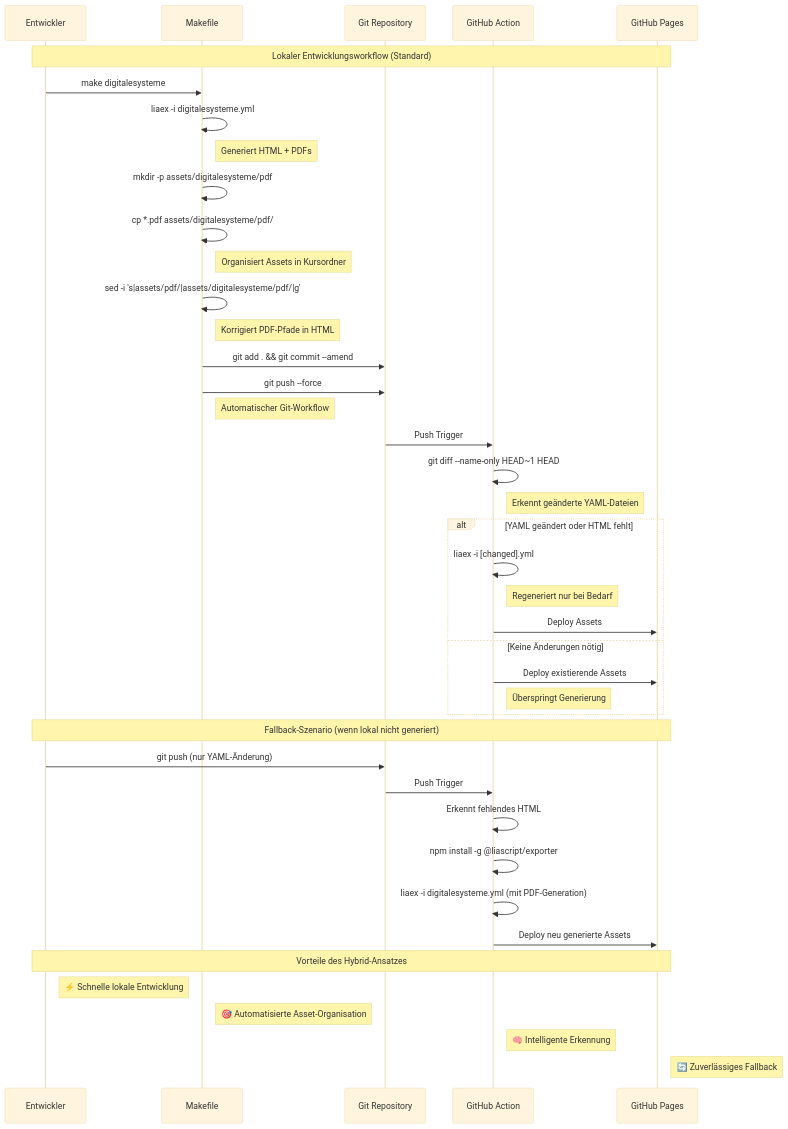
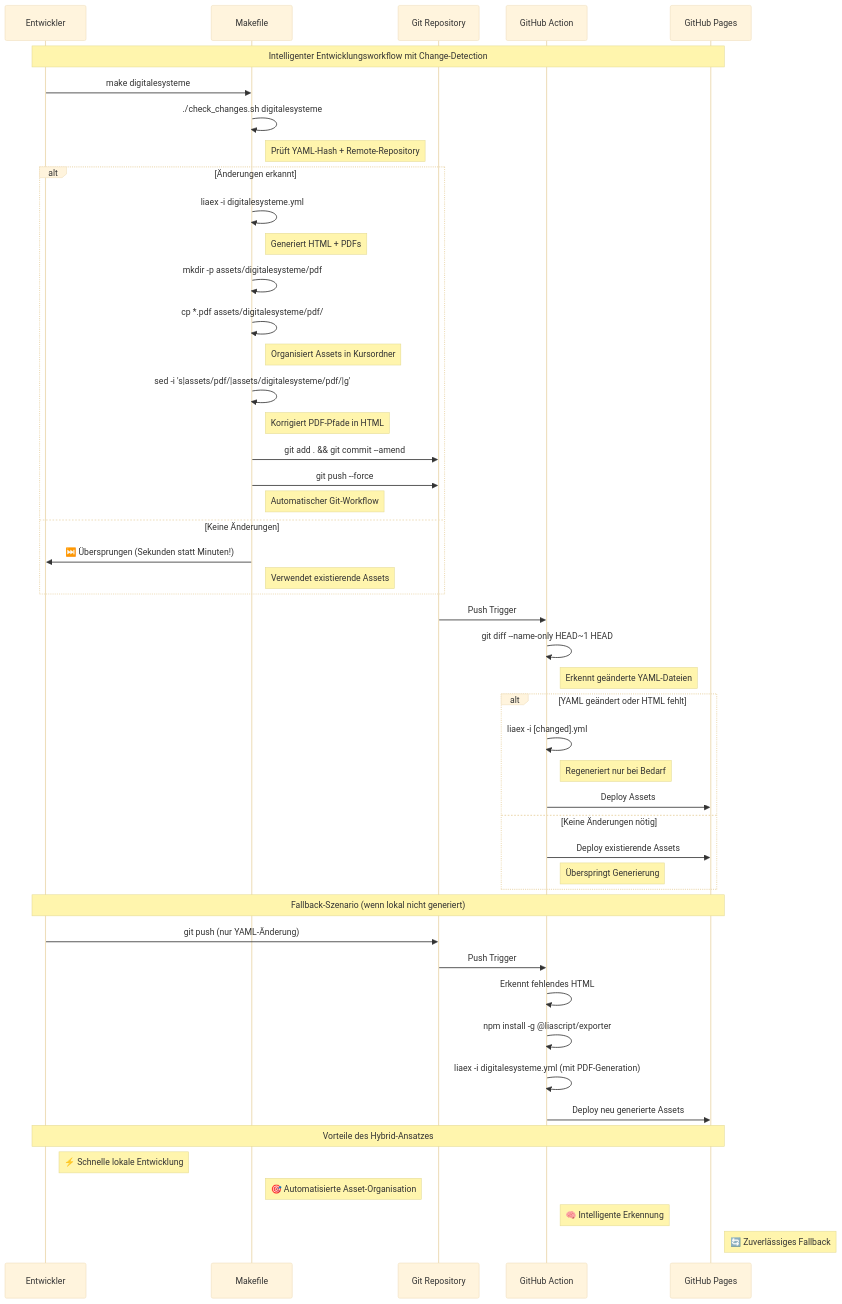
Before and after one commit to TUBAF-IfI-LiaScript/TUBAF-IfI-LiaScript.github.io: the diagram in README.md, drawn with Mermaid (base theme). The commit also changed other lines of this file and 120 other files, not shown here.

````diff
--- a/README.md
+++ b/README.md
@@ -9,50 +9,58 @@
 ```mermaid
 sequenceDiagram
     participant Dev as Entwickler
     participant Make as Makefile
     participant Git as Git Repository  
     participant Action as GitHub Action
     participant Pages as GitHub Pages
 
-    Note over Dev,Pages: Lokaler Entwicklungsworkflow (Standard)
+    Note over Dev,Pages: Intelligenter Entwicklungsworkflow mit Change-Detection
     
     Dev->>Make: make digitalesysteme
-    Make->>Make: liaex -i digitalesysteme.yml
-    Note right of Make: Generiert HTML + PDFs
-    Make->>Make: mkdir -p assets/digitalesysteme/pdf
-    Make->>Make: cp *.pdf assets/digitalesysteme/pdf/
-    Note right of Make: Organisiert Assets in Kursordner
-    Make->>Make: sed -i 's|assets/pdf/|assets/digitalesysteme/pdf/|g'
-    Note right of Make: Korrigiert PDF-Pfade in HTML
-    Make->>Git: git add . && git commit --amend
-    Make->>Git: git push --force
-    Note right of Make: Automatischer Git-Workflow
+    Make->>Make: ./check_changes.sh digitalesysteme
+    Note right of Make: Prüft YAML-Hash + Remote-Repository
+    
+    alt Änderungen erkannt
+        Make->>Make: liaex -i digitalesysteme.yml
+        Note right of Make: Generiert HTML + PDFs
+        Make->>Make: mkdir -p assets/digitalesysteme/pdf
+        Make->>Make: cp *.pdf assets/digitalesysteme/pdf/
+        Note right of Make: Organisiert Assets in Kursordner
+        Make->>Make: sed -i 's|assets/pdf/|assets/digitalesysteme/pdf/|g'
+        Note right of Make: Korrigiert PDF-Pfade in HTML
+        Make->>Git: git add . && git commit --amend
+        Make->>Git: git push --force
+        Note right of Make: Automatischer Git-Workflow
+    else Keine Änderungen
+        Make->>Dev: ⏭️ Übersprungen (Sekunden statt Minuten!)
+        Note right of Make: Verwendet existierende Assets
+    end
     
     Git->>Action: Push Trigger
     Action->>Action: git diff --name-only HEAD~1 HEAD
     Note right of Action: Erkennt geänderte YAML-Dateien
     
     alt YAML geändert oder HTML fehlt
         Action->>Action: liaex -i [changed].yml
         Note right of Action: Regeneriert nur bei Bedarf
         Action->>Pages: Deploy Assets
     else Keine Änderungen nötig
         Action->>Pages: Deploy existierende Assets
         Note right of Action: Überspringt Generierung
     end
     
     Note over Dev,Pages: Fallback-Szenario (wenn lokal nicht generiert)
     
     Dev->>Git: git push (nur YAML-Änderung)
     Git->>Action: Push Trigger
     Action->>Action: Erkennt fehlendes HTML
     Action->>Action: npm install -g @liascript/exporter
     Action->>Action: liaex -i digitalesysteme.yml (mit PDF-Generation)
     Action->>Pages: Deploy neu generierte Assets
     
     Note over Dev,Pages: Vorteile des Hybrid-Ansatzes
     Note right of Dev: ⚡ Schnelle lokale Entwicklung
     Note right of Make: 🎯 Automatisierte Asset-Organisation  
     Note right of Action: 🧠 Intelligente Erkennung
     Note right of Pages: 🔄 Zuverlässiges Fallback
 ```
````
